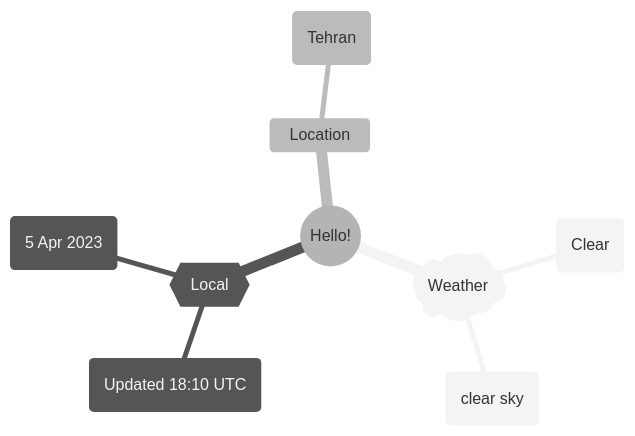
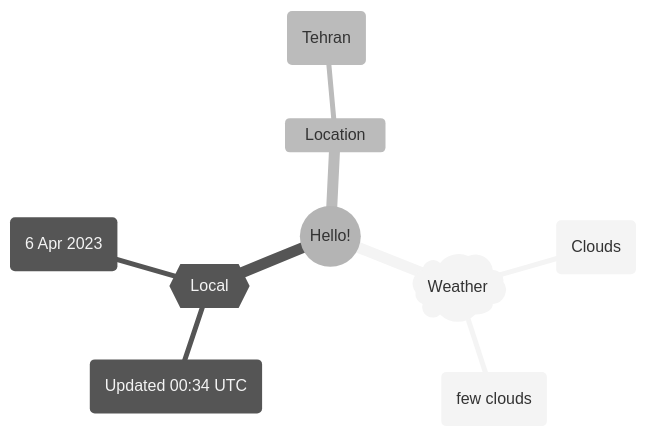
The first of 2 diagrams in README.md (Xosrov/Xosrov), drawn with Mermaid (neutral theme) before and after one commit.

Commit message:
[bot] updated images

````diff
--- a/README.md
+++ b/README.md
@@ -3,12 +3,12 @@
 ```mermaid
 mindmap
   root((Hello!))
     )Weather(
-        (Clear)
-        (clear sky)
+        (Clouds)
+        (few clouds)
     {{Local}}
-        (Updated 18:10 UTC)
-        (5 Apr 2023)
+        (Updated 00:34 UTC)
+        (6 Apr 2023)
     Location
         (Tehran)
 ```
````
